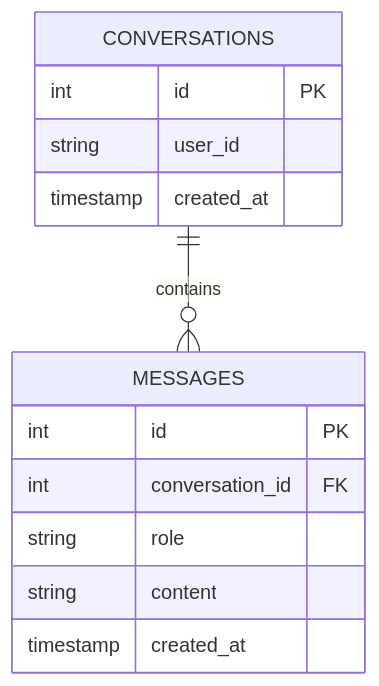
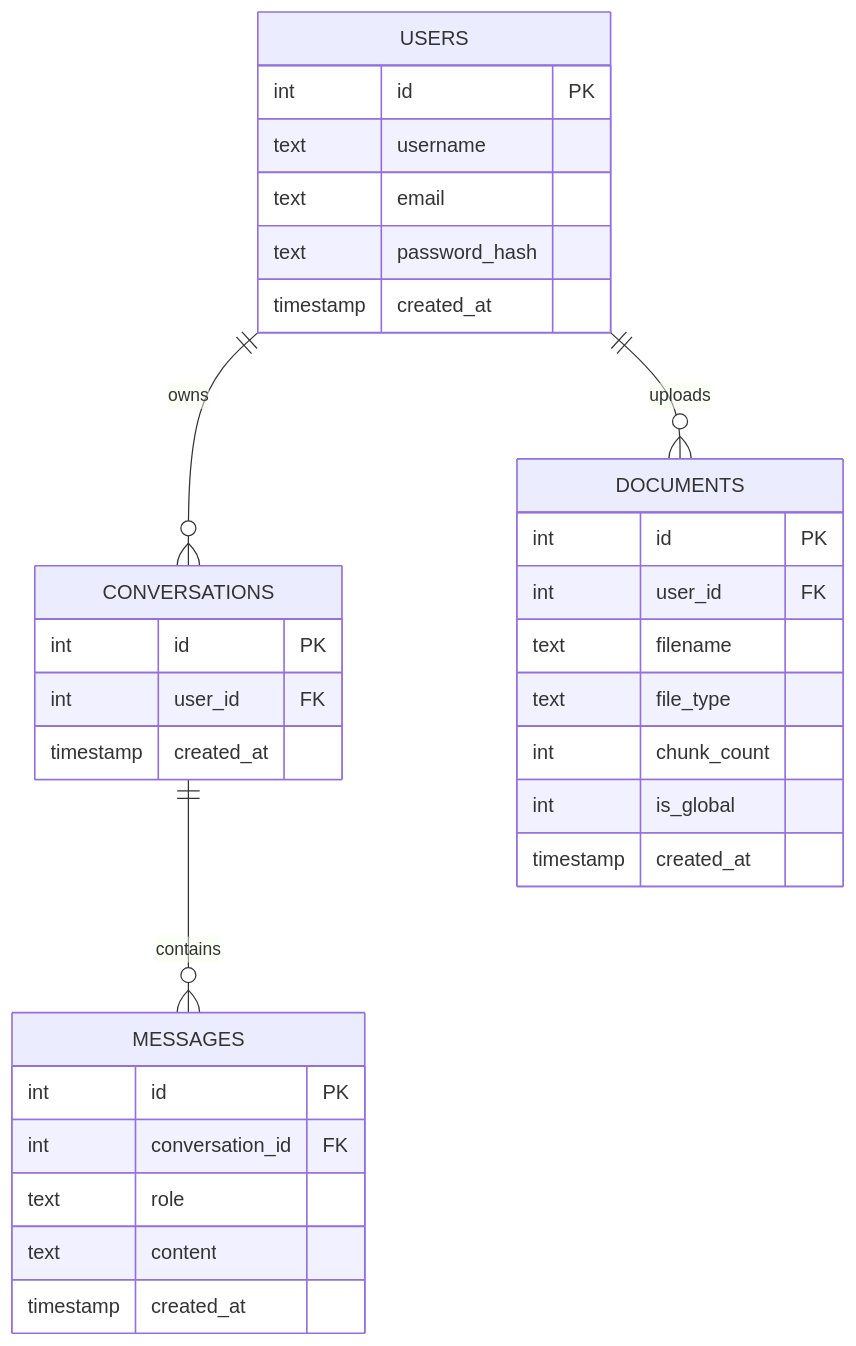
One commit to VimeansethThorng/fastapi-react-typescript-chatbot changed the fifth of 5 diagrams in fullstack.md. Above: the diagram before and after it, drawn with Mermaid. The commit also changed other lines of this file and 5 other files, not shown here.

````diff
--- a/fullstack.md
+++ b/fullstack.md
@@ -170,18 +131,35 @@
 ```mermaid
 erDiagram
+    USERS {
+        int id PK
+        text username
+        text email
+        text password_hash
+        timestamp created_at
+    }
     CONVERSATIONS {
         int id PK
-        string user_id
+        int user_id FK
         timestamp created_at
     }
-    
     MESSAGES {
         int id PK
         int conversation_id FK
-        string role
-        string content
+        text role
+        text content
         timestamp created_at
     }
-    
+    DOCUMENTS {
+        int id PK
+        int user_id FK
+        text filename
+        text file_type
+        int chunk_count
+        int is_global
+        timestamp created_at
+    }
+
+    USERS ||--o{ CONVERSATIONS : owns
     CONVERSATIONS ||--o{ MESSAGES : contains
+    USERS ||--o{ DOCUMENTS : uploads
 ```
````
